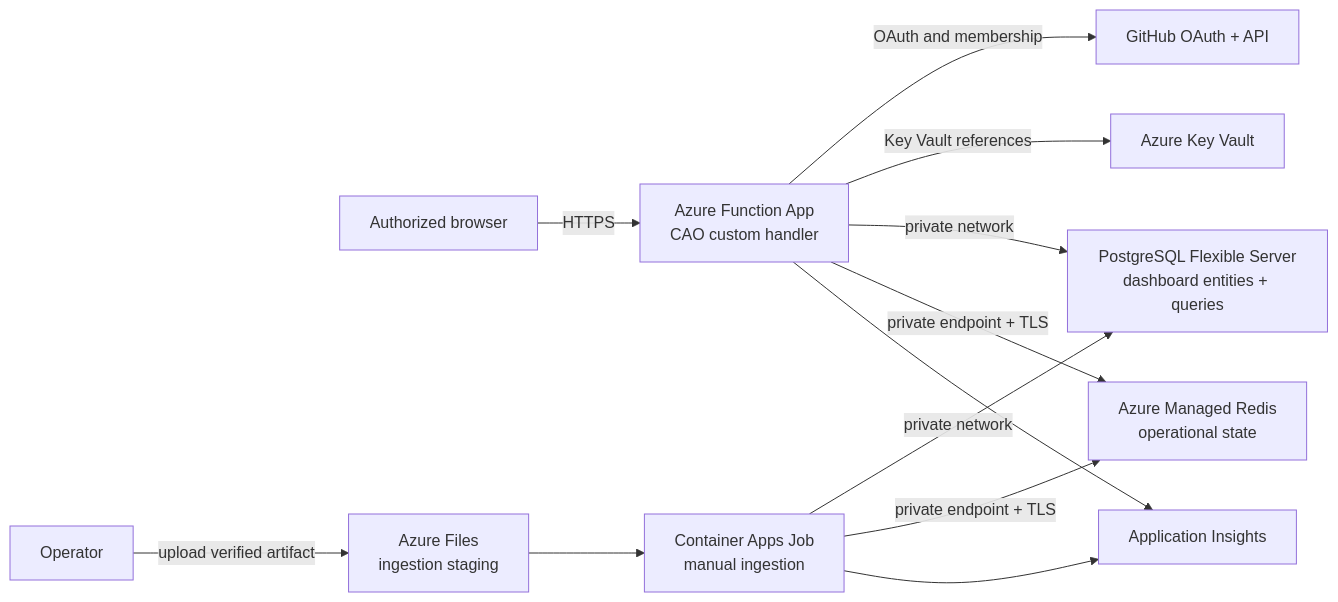
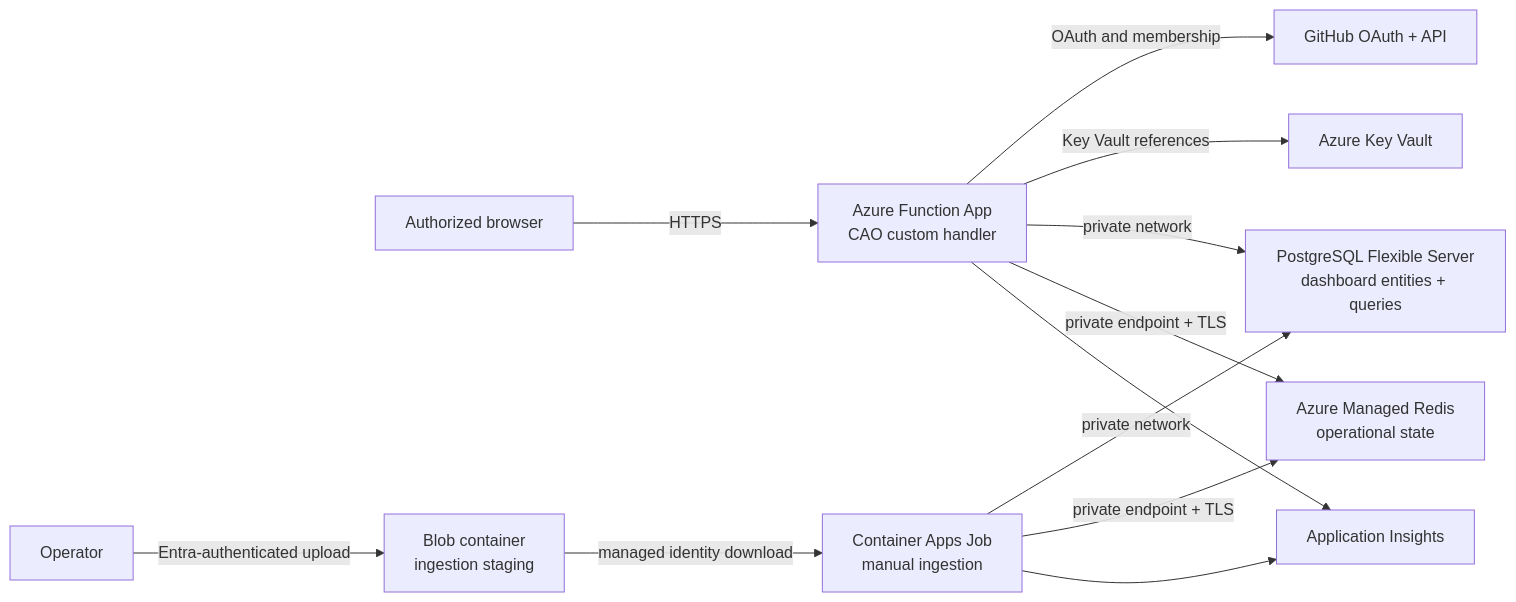
Before and after one commit to bradygaster/gh-aw-cao: the diagram in docs/deployment-azure.md, drawn with Mermaid. The commit also changed other lines of this file and 6 other files, not shown here.

Commit message:
Support identity-only Azure subscriptions

````diff
--- a/docs/deployment-azure.md
+++ b/docs/deployment-azure.md
@@ -13,14 +13,14 @@
 ```mermaid
 flowchart LR
   Browser["Authorized browser"] -->|"HTTPS"| Function["Azure Function App<br/>CAO custom handler"]
   Function -->|"OAuth and membership"| GitHub["GitHub OAuth + API"]
   Function -->|"Key Vault references"| Vault["Azure Key Vault"]
   Function -->|"private network"| Postgres["PostgreSQL Flexible Server<br/>dashboard entities + queries"]
   Function -->|"private endpoint + TLS"| Redis["Azure Managed Redis<br/>operational state"]
-  Operator["Operator"] -->|"upload verified artifact"| Files["Azure Files<br/>ingestion staging"]
-  Files --> Job["Container Apps Job<br/>manual ingestion"]
+  Operator["Operator"] -->|"Entra-authenticated upload"| Blobs["Blob container<br/>ingestion staging"]
+  Blobs -->|"managed identity download"| Job["Container Apps Job<br/>manual ingestion"]
   Job -->|"private network"| Postgres
   Job -->|"private endpoint + TLS"| Redis
   Function --> Insights["Application Insights"]
   Job --> Insights
 ```
````
